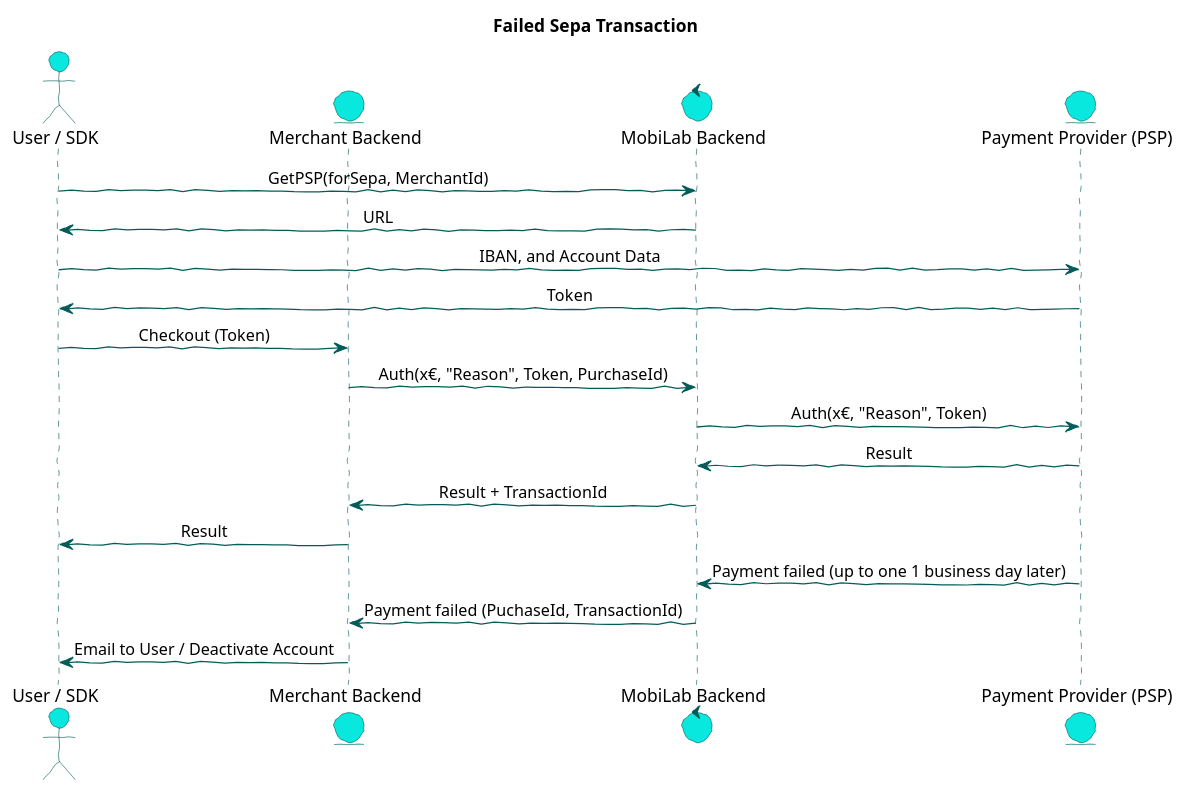
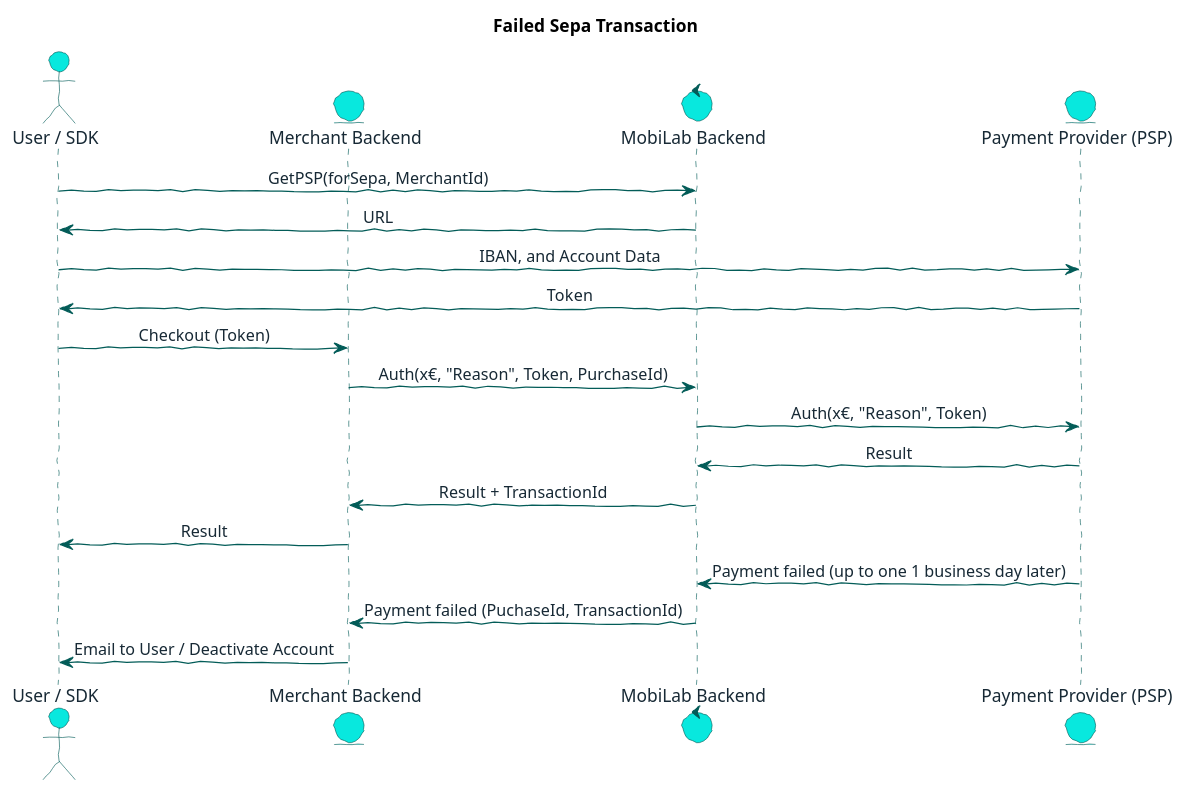
Before and after one commit to mobilabsolutions/stash-sdk-wiki: the diagram in diagrams/src/sepa_transaction_fail.wsd, drawn with PlantUML. The commit also changed 13 other files, not shown here.

```diff
--- a/diagrams/src/sepa_transaction_fail.wsd
+++ b/diagrams/src/sepa_transaction_fail.wsd
@@ -1,38 +1,49 @@
 @startuml
 
 skinparam handwritten true
+skinparam sequenceMessageAlign center
+skinparam ActorBackgroundColor #08E8DE
+skinparam ActorBorderColor #035C58
+skinparam ActorFontColor #172935
+skinparam ActorFontName Raleway
+skinparam ArrowColor #035C58
+skinparam ArrowFontColor #172935
+skinparam ArrowFontName Raleway
+skinparam ControlBackgroundColor #08E8DE
 skinparam ControlBorderColor #035C58
-skinparam ControlBackgroundColor #08E8DE
-skinparam sequenceMessageAlign center
+skinparam ControlFontColor #172935
+skinparam ControlFontName Raleway
 skinparam EntityBackgroundColor #08E8DE
 skinparam EntityBorderColor #035C58
-skinparam ActorBackgroundColor #08E8DE
-skinparam ActorBorderColor #035C58
-skinparam ArrowColor #035C58
+skinparam EntityFontColor #172935
+skinparam EntityFontName Raleway
 skinparam SequenceLifeLineBorderColor #035C58
+skinparam SequenceTitleFontColor #172935
+skinparam SequenceTitleFontName Raleway
+skinparam SequenceTitleFontSize 25
 
 title Failed Sepa Transaction
 
 actor "User / SDK" as User
 entity "Merchant Backend" as MEC
 control "MobiLab Backend" as MBE
 entity "Payment Provider (PSP)" as PSP
 
 User -> MBE: GetPSP(forSepa, MerchantId)
 MBE -> User: URL
 
 User -> PSP: IBAN, and Account Data
 PSP -> User: Token
 
 User -> MEC: Checkout (Token)
 MEC -> MBE: Auth(x€, "Reason", Token, PurchaseId)
 MBE -> PSP: Auth(x€, "Reason", Token)
 PSP -> MBE: Result
 MBE -> MEC: Result + TransactionId
 MEC -> User: Result
 
 PSP -> MBE: Payment failed (up to one 1 business day later)
 MBE -> MEC: Payment failed (PuchaseId, TransactionId)
 MEC -> User: Email to User / Deactivate Account
 
 @enduml
```
